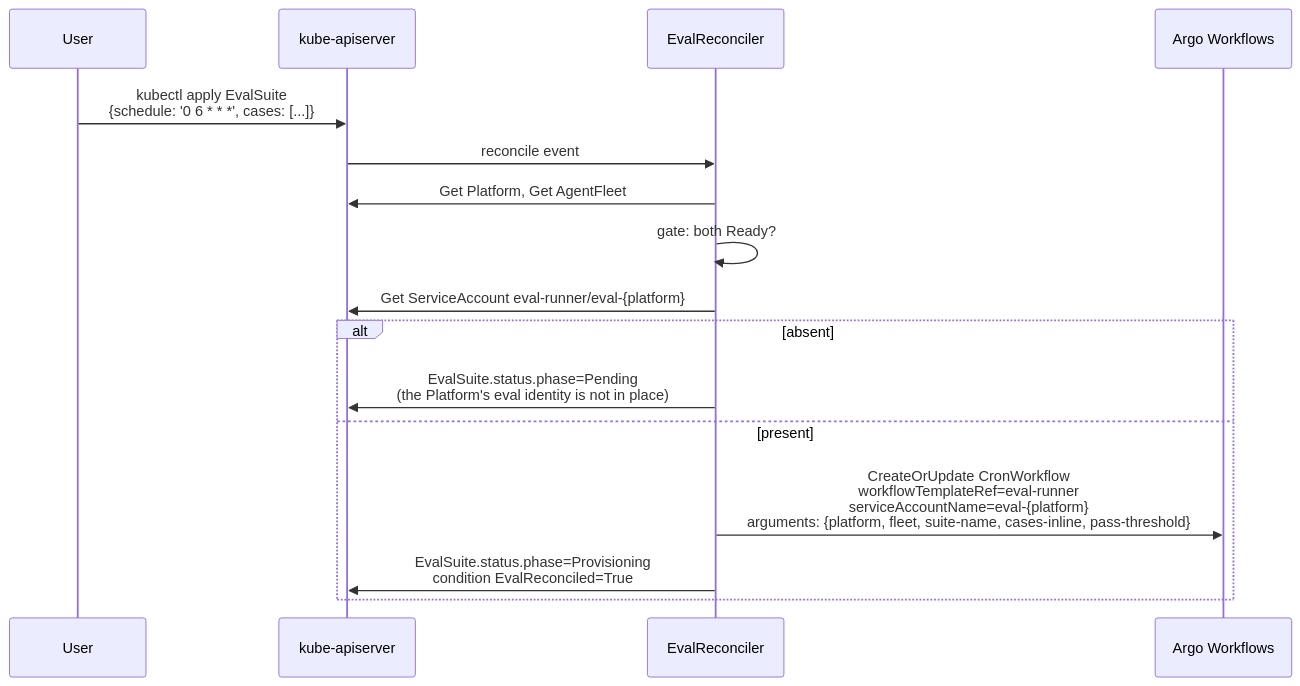
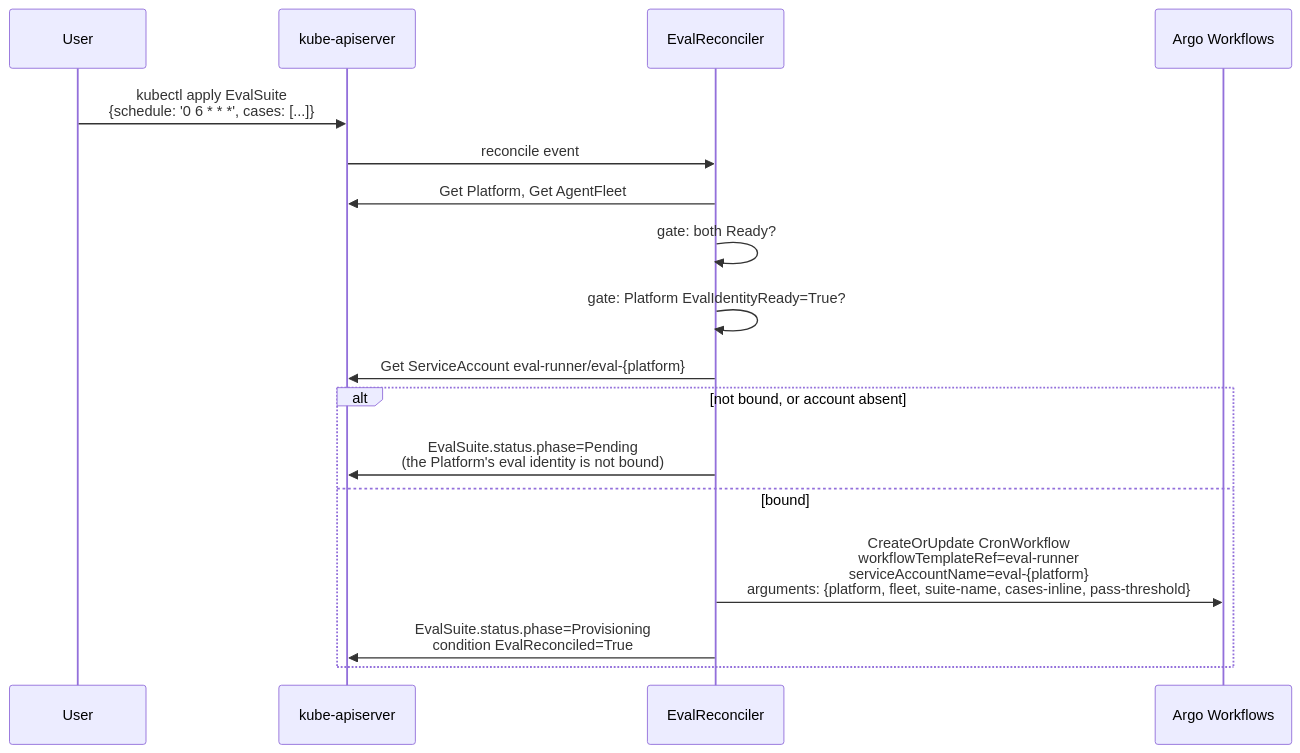
The first of 3 diagrams in docs/architecture/eval-gating-flow.md (nanohype/eks-agent-platform), drawn with Mermaid before and after one commit. The commit also changed other lines of this file and 27 other files, not shown here.

First line of the commit message:
fix(security): submit eval runs only on a bound identity, decoupled from Platform status

````diff
--- a/docs/architecture/eval-gating-flow.md
+++ b/docs/architecture/eval-gating-flow.md
@@ -7,19 +7,20 @@
 ```mermaid
 sequenceDiagram
   participant User
   participant K8s as kube-apiserver
   participant ER as EvalReconciler
   participant Argo as Argo Workflows
 
   User->>K8s: kubectl apply EvalSuite<br/>{schedule: '0 6 * * *', cases: [...]}
   K8s->>ER: reconcile event
   ER->>K8s: Get Platform, Get AgentFleet
   ER->>ER: gate: both Ready?
+  ER->>ER: gate: Platform EvalIdentityReady=True?
   ER->>K8s: Get ServiceAccount eval-runner/eval-{platform}
-  alt absent
-    ER->>K8s: EvalSuite.status.phase=Pending<br/>(the Platform's eval identity is not in place)
-  else present
+  alt not bound, or account absent
+    ER->>K8s: EvalSuite.status.phase=Pending<br/>(the Platform's eval identity is not bound)
+  else bound
     ER->>Argo: CreateOrUpdate CronWorkflow<br/>workflowTemplateRef=eval-runner<br/>serviceAccountName=eval-{platform}<br/>arguments: {platform, fleet, suite-name, cases-inline, pass-threshold}
     ER->>K8s: EvalSuite.status.phase=Provisioning<br/>condition EvalReconciled=True
   end
 ```
````
